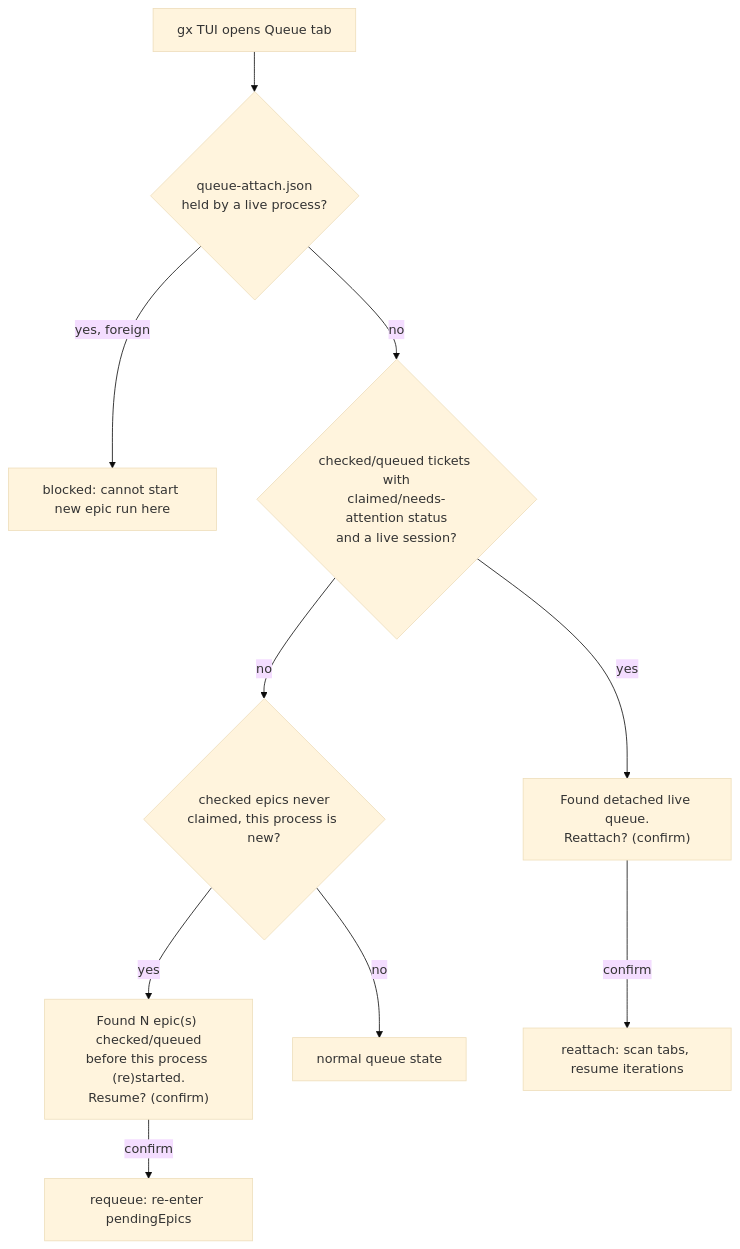
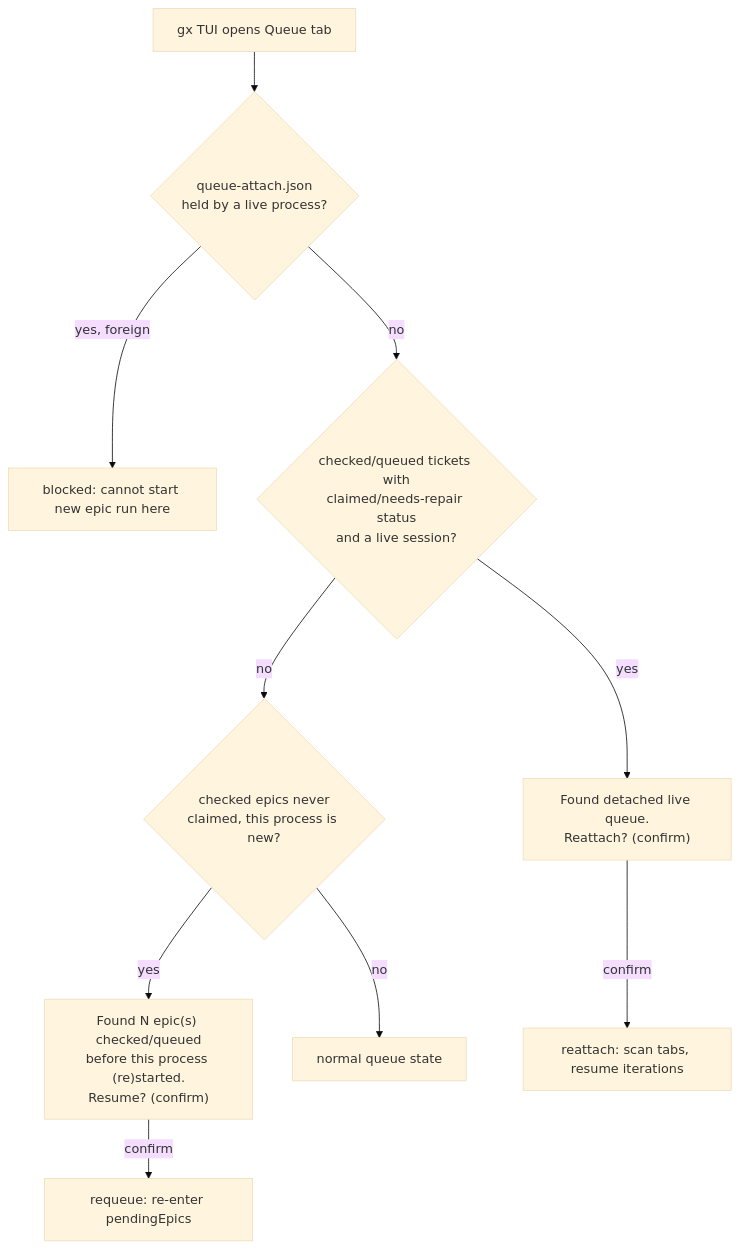
The seventh of 7 diagrams in docs/ralph-loop-queue-orchestrator.md (elentok/gx), drawn with Mermaid (base theme) before and after one commit. The commit also changed other lines of this file and 2 other files, not shown here.

````diff
--- a/docs/ralph-loop-queue-orchestrator.md
+++ b/docs/ralph-loop-queue-orchestrator.md
@@ -276,12 +279,12 @@
 ```mermaid
 flowchart TD
     Start["gx TUI opens Queue tab"] --> A{queue-attach.json\nheld by a live process?}
     A -->|yes, foreign| B["blocked: cannot start new epic run here"]
-    A -->|no| C{checked/queued tickets with\nclaimed/needs-attention status\nand a live session?}
+    A -->|no| C{checked/queued tickets with\nclaimed/needs-repair status\nand a live session?}
     C -->|yes| D["Found detached live queue.\nReattach? (confirm)"]
     C -->|no| E{checked epics never\nclaimed, this process is new?}
     E -->|yes| F["Found N epic(s) checked/queued\nbefore this process (re)started.\nResume? (confirm)"]
     E -->|no| G[normal queue state]
     D -->|confirm| H[reattach: scan tabs, resume iterations]
     F -->|confirm| I[requeue: re-enter pendingEpics]
 ```
````
